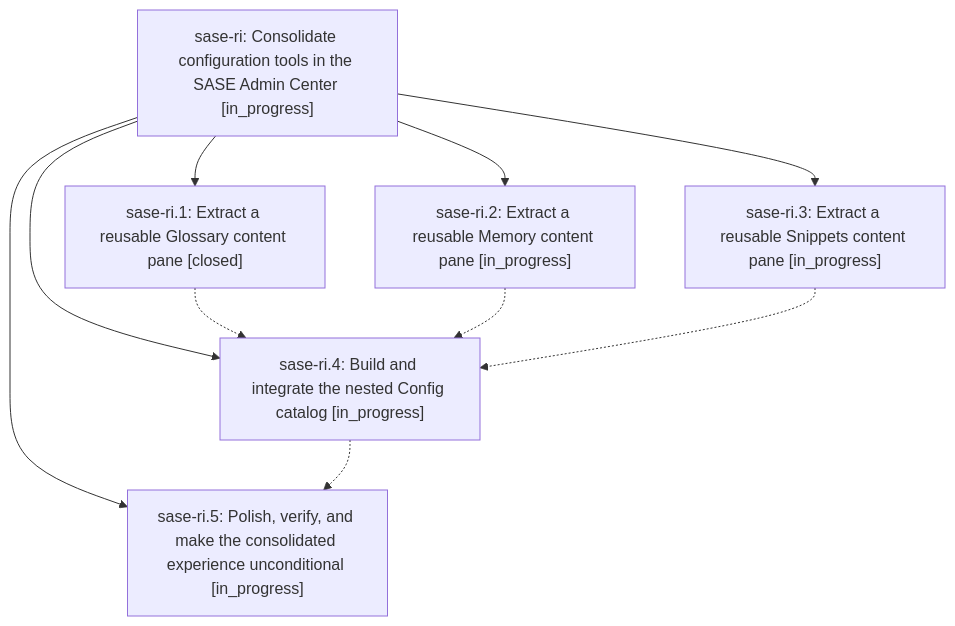
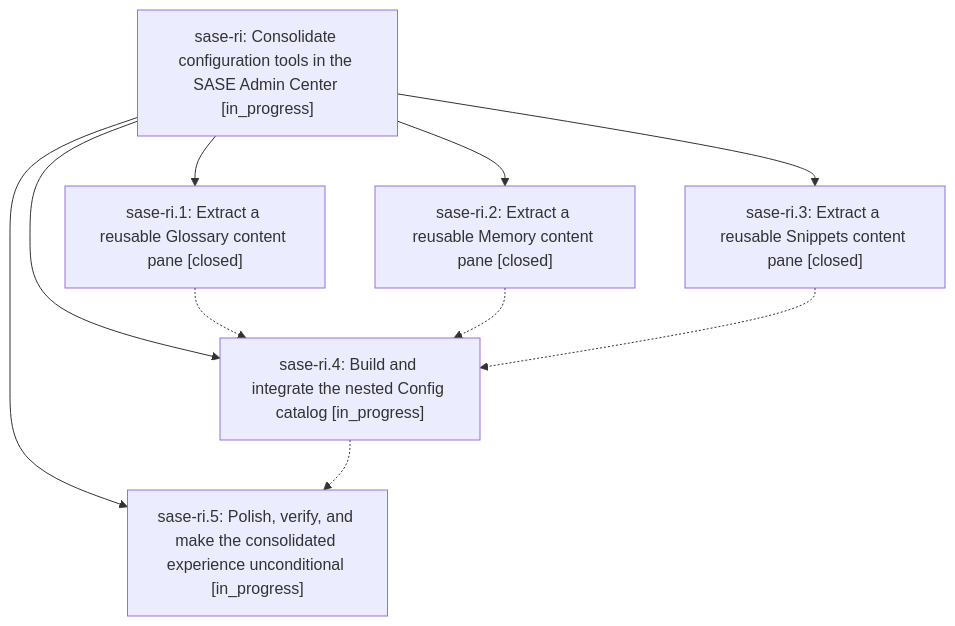
One commit to sase-org/sase--beads changed the diagram in pages/sase-ri/README.md. Above: the diagram before and after it, drawn with Mermaid. The commit also changed other lines of this file and 3 other files, not shown here.

````diff
--- a/pages/sase-ri/README.md
+++ b/pages/sase-ri/README.md
@@ -26,18 +26,18 @@
 ```mermaid
 flowchart TD
     n0["sase-ri: Consolidate configuration tools in the SASE Admin Center [in_progress]"]
     n1["sase-ri.1: Extract a reusable Glossary content pane [closed]"]
-    n2["sase-ri.2: Extract a reusable Memory content pane [in_progress]"]
-    n3["sase-ri.3: Extract a reusable Snippets content pane [in_progress]"]
+    n2["sase-ri.2: Extract a reusable Memory content pane [closed]"]
+    n3["sase-ri.3: Extract a reusable Snippets content pane [closed]"]
     n4["sase-ri.4: Build and integrate the nested Config catalog [in_progress]"]
     n5["sase-ri.5: Polish, verify, and make the consolidated experience unconditional [in_progress]"]
     n0 --> n1
     n0 --> n2
     n0 --> n3
     n0 --> n4
     n0 --> n5
     n1 -.-> n4
     n2 -.-> n4
     n3 -.-> n4
     n4 -.-> n5
 ```
````
